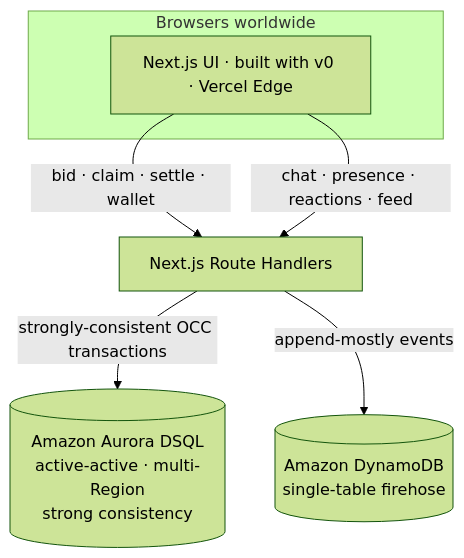
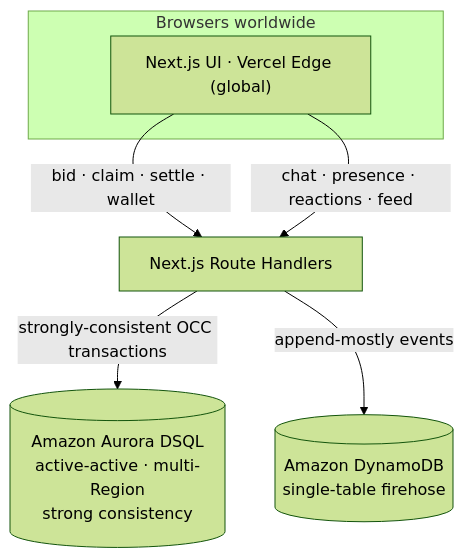
Before and after one commit to JonathanSolvesProblems/lotzero: the diagram in README.md, drawn with Mermaid (forest theme). The commit also changed other lines of this file and 5 other files, not shown here.

First line of the commit message:
Accuracy + compliance: drop unused 'built with v0' claims; group AWS services in diagram; add E2E test

````diff
--- a/README.md
+++ b/README.md
@@ -47,12 +47,12 @@
 ```mermaid
 flowchart TB
   subgraph B["Browsers worldwide"]
-    UI["Next.js UI · built with v0 · Vercel Edge"]
+    UI["Next.js UI · Vercel Edge (global)"]
   end
 
   UI -->|"bid · claim · settle · wallet"| API["Next.js Route Handlers"]
   UI -->|"chat · presence · reactions · feed"| API
 
   API -->|"strongly-consistent OCC transactions"| DSQL[("Amazon Aurora DSQL<br/>active-active · multi-Region<br/>strong consistency")]
   API -->|"append-mostly events"| DDB[("Amazon DynamoDB<br/>single-table firehose")]
 ```
````
